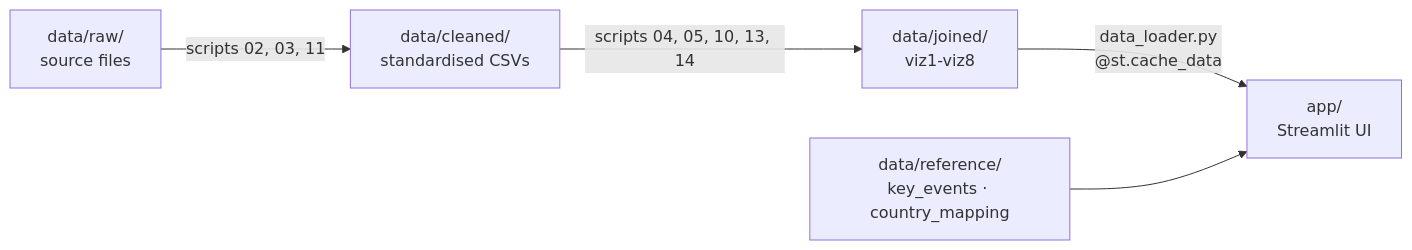
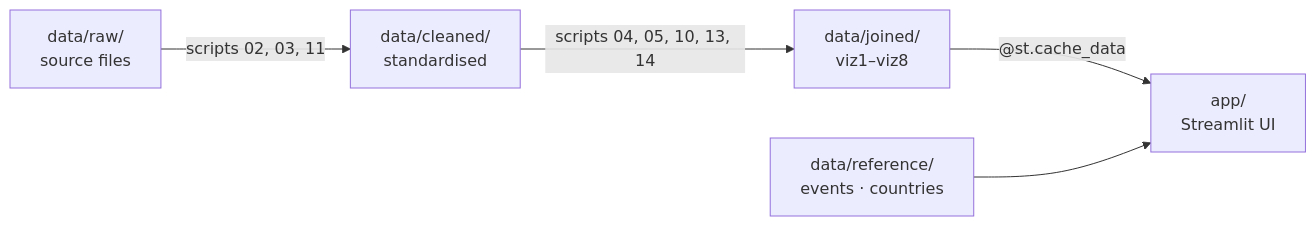
The diagram in README.md (tooichitake/tariff-story), drawn with Mermaid before and after one commit. The commit also changed other lines of this file, not shown here.

````diff
--- a/README.md
+++ b/README.md
@@ -132,7 +102,7 @@
 ```mermaid
 flowchart LR
-    A["data/raw/<br/>source files"] -->|"scripts 02, 03, 11"| B["data/cleaned/<br/>standardised CSVs"]
-    B -->|"scripts 04, 05, 10, 13, 14"| C["data/joined/<br/>viz1-viz8"]
-    C -->|"data_loader.py<br/>@st.cache_data"| D["app/<br/>Streamlit UI"]
-    E["data/reference/<br/>key_events · country_mapping"] --> D
+    A["data/raw/<br/>source files"] -->|"scripts 02, 03, 11"| B["data/cleaned/<br/>standardised"]
+    B -->|"scripts 04, 05, 10, 13, 14"| C["data/joined/<br/>viz1–viz8"]
+    C -->|"@st.cache_data"| D["app/<br/>Streamlit UI"]
+    E["data/reference/<br/>events · countries"] --> D
 ```
````
